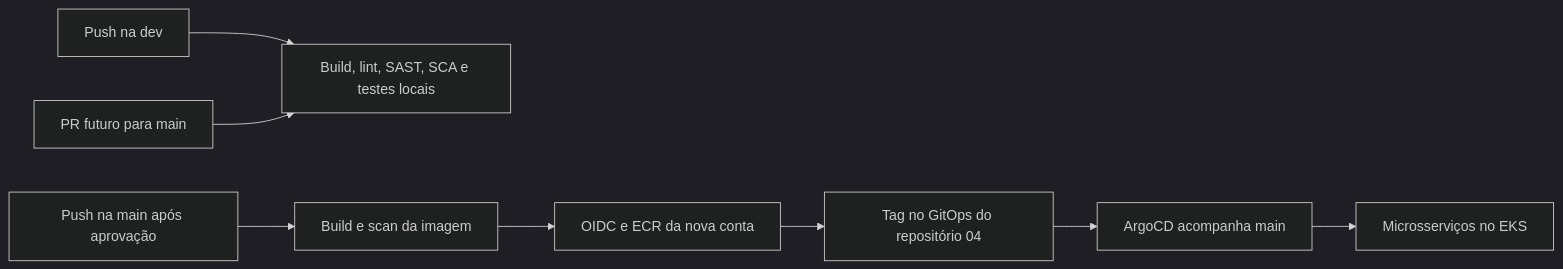
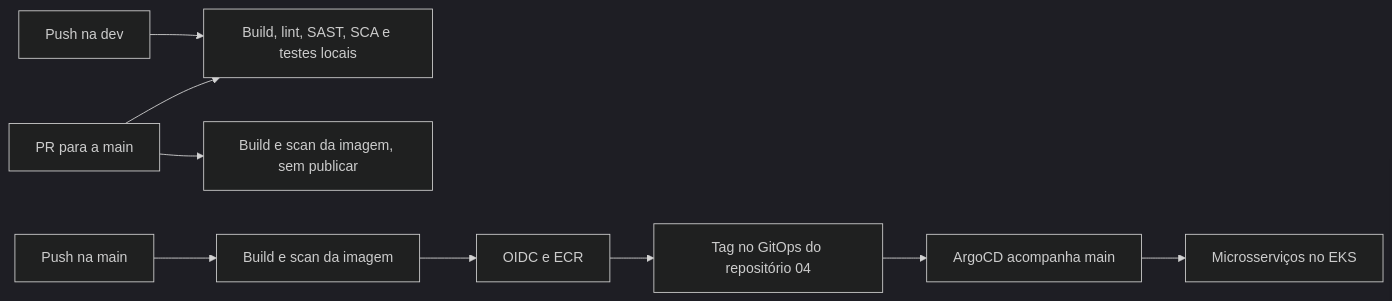
The third of 3 diagrams in README.md (fiap-devops-arqcloud-2026/tech-challenge-04), drawn with Mermaid (dark theme) before and after one commit. The commit also changed other lines of this file and 9 other files, not shown here.

````diff
--- a/README.md
+++ b/README.md
@@ -153,10 +156,11 @@
 ```mermaid
 flowchart LR
   Dev[Push na dev] --> CI[Build, lint, SAST, SCA e testes locais]
-  PR[PR futuro para main] --> CI
-  Main[Push na main após aprovação] --> Image[Build e scan da imagem]
-  Image --> AWS[OIDC e ECR da nova conta]
+  PR[PR para a main] --> CI
+  PR --> Scan[Build e scan da imagem, sem publicar]
+  Main[Push na main] --> Image[Build e scan da imagem]
+  Image --> AWS[OIDC e ECR]
   AWS --> Git[Tag no GitOps do repositório 04]
   Git --> Argo[ArgoCD acompanha main]
   Argo --> EKS[Microsserviços no EKS]
 ```
````
